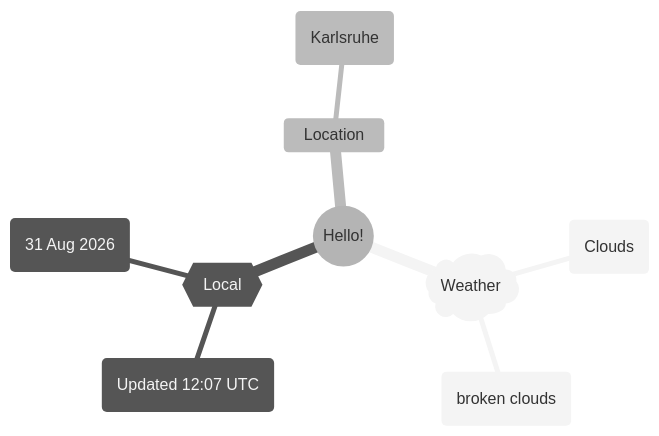
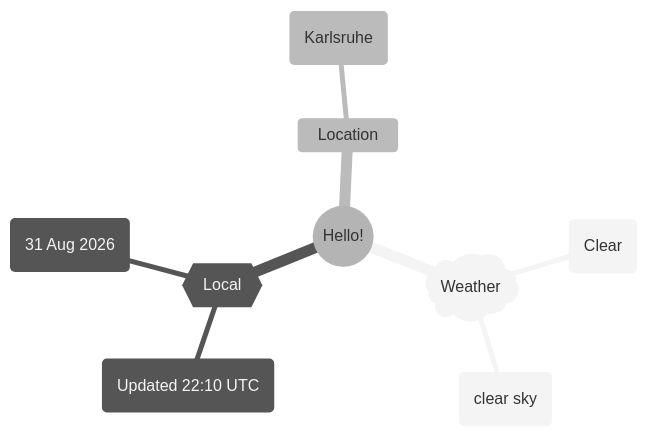
Before and after one commit to Xosrov/Xosrov: the first of 2 diagrams in README.md, drawn with Mermaid (neutral theme).

Commit message:
[bot] updated images

````diff
--- a/README.md
+++ b/README.md
@@ -3,12 +3,12 @@
 ```mermaid
 mindmap
   root((Hello!))
     )Weather(
-        (Clouds)
-        (broken clouds)
+        (Clear)
+        (clear sky)
     {{Local}}
-        (Updated 12:07 UTC)
+        (Updated 22:10 UTC)
         (31 Aug 2026)
     Location
         (Karlsruhe)
 ```
````
